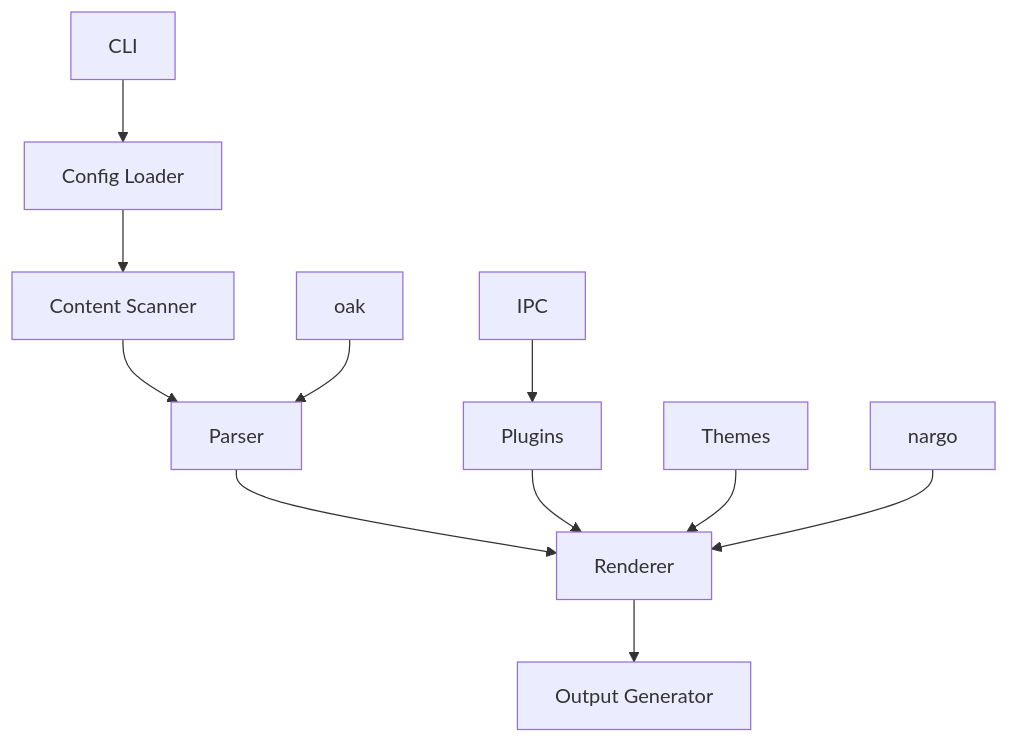
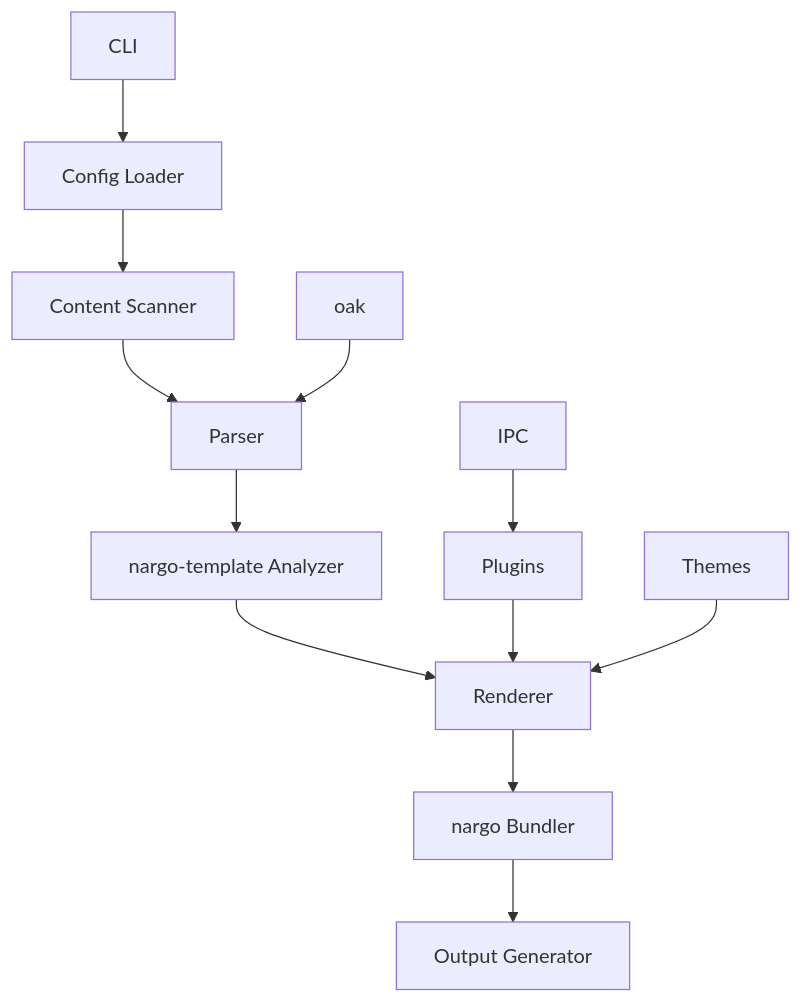
Before and after one commit to doki-land/rusty-ssg: the diagram in Readme.md, drawn with Mermaid. The commit also changed other lines of this file and 1 other file, not shown here.

````diff
--- a/Readme.md
+++ b/Readme.md
@@ -115,13 +78,14 @@
 ```mermaid
 flowchart TD
     A[CLI] --> B[Config Loader]
     B --> C[Content Scanner]
     C --> D[Parser]
-    D --> E[Renderer]
-    E --> F[Output Generator]
+    D --> I[nargo-template Analyzer]
+    I --> E[Renderer]
+    E --> J[nargo Bundler]
+    J --> F[Output Generator]
     G[Plugins] --> E
     H[Themes] --> E
-    I[nargo] --> E
-    J[oak] --> D
-    K[IPC] --> G
+    K[oak] --> D
+    L[IPC] --> G
 ```
````
